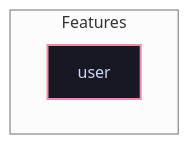
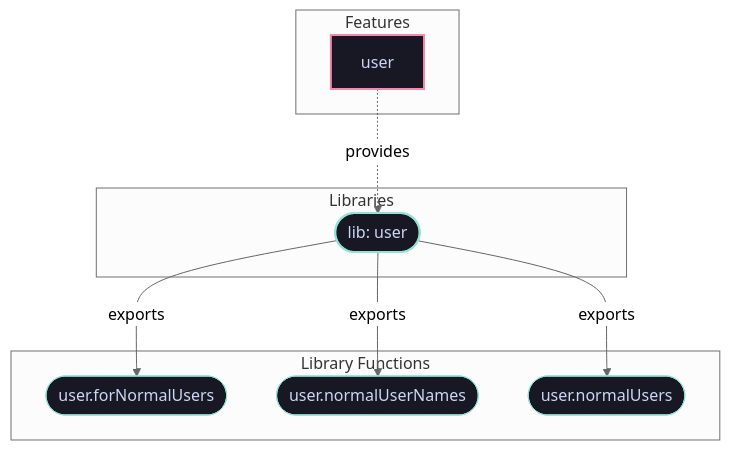
Before and after one commit to LW-54/nixconf: the diagram in docs/features/user.md, drawn with Mermaid (neutral theme). The commit also changed 66 other files, not shown here.

Commit message:
feat: flake schemas

````diff
--- a/docs/features/user.md
+++ b/docs/features/user.md
@@ -15,21 +15,34 @@
 ```mermaid
 flowchart TD
     subgraph Features["Features"]
         feature__user["user"]:::featureNode
     end
 
+    subgraph Libraries["Libraries"]
+        lib__user(["lib: user"]):::libNode
+    end
+
+    subgraph Functions["Library Functions"]
+        fn__user_forNormalUsers(["user.forNormalUsers"]):::fnNode
+        fn__user_normalUserNames(["user.normalUserNames"]):::fnNode
+        fn__user_normalUsers(["user.normalUsers"]):::fnNode
+    end
 
 
+    feature__user -.->|"provides"| lib__user
+    lib__user -->|"exports"| fn__user_forNormalUsers
+    lib__user -->|"exports"| fn__user_normalUserNames
+    lib__user -->|"exports"| fn__user_normalUsers
 
 classDef hostNode fill:#1e1e2e,stroke:#cba6f7,stroke-width:2px,color:#cdd6f4;
 classDef contractNode fill:#181825,stroke:#89b4fa,stroke-width:2px,color:#cdd6f4;
 classDef implNode fill:#181825,stroke:#a6e3a1,stroke-width:2px,color:#cdd6f4;
 classDef featureNode fill:#181825,stroke:#f38ba8,stroke-width:2px,color:#cdd6f4;
 classDef libNode fill:#181825,stroke:#94e2d5,stroke-width:2px,color:#cdd6f4;
 classDef optNode fill:#11111b,stroke:#fab387,stroke-width:1px,color:#cdd6f4;
 classDef typeNode fill:#11111b,stroke:#f9e2af,stroke-width:1px,color:#cdd6f4;
 classDef fnNode fill:#181825,stroke:#94e2d5,stroke-width:1px,color:#cdd6f4;
 classDef pkgNode fill:#181825,stroke:#b4befe,stroke-width:1px,color:#cdd6f4;
 classDef shellNode fill:#181825,stroke:#f5c2e7,stroke-width:1px,color:#cdd6f4;
 
 ```
````
